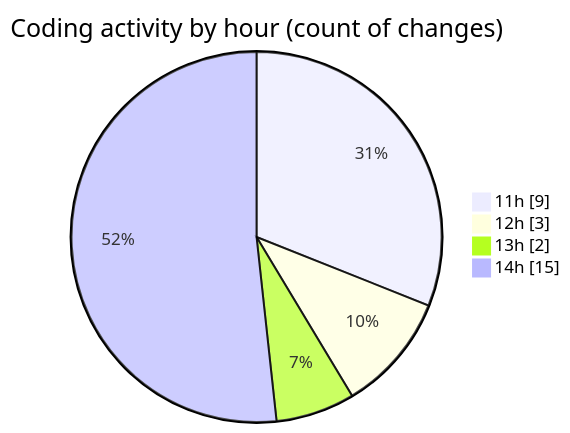
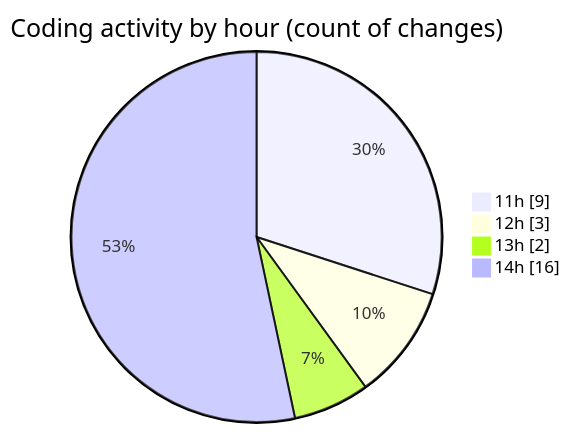
Before and after one commit to CELIANVF/code-tracking: the second of 2 diagrams in 2025-01-21/monteur_automatique/README.md, drawn with Mermaid. The commit also changed other lines of this file and 1 other file, not shown here.

````diff
--- a/2025-01-21/monteur_automatique/README.md
+++ b/2025-01-21/monteur_automatique/README.md
@@ -32,8 +32,8 @@
 ```mermaid
 pie showData
 title Coding activity by hour (count of changes)
 "11h" : 9
 "12h" : 3
 "13h" : 2
-"14h" : 15
+"14h" : 16
 ```
````
